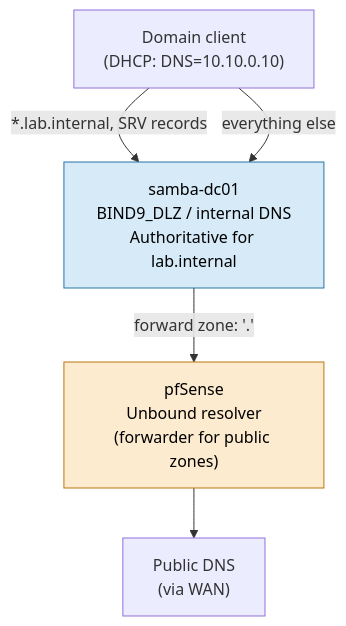
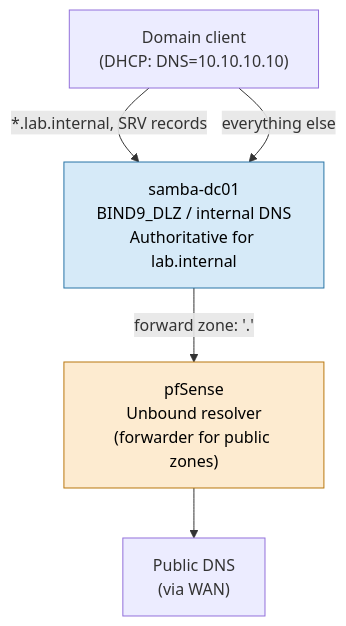
Before and after one commit to LibreOpsLab/lab-small-business: the diagram in diagrams/dns-architecture.md, drawn with Mermaid. The commit also changed other lines of this file and 48 other files, not shown here.

````diff
--- a/diagrams/dns-architecture.md
+++ b/diagrams/dns-architecture.md
@@ -9,17 +9,17 @@
 ```mermaid
 flowchart TB
-    CLIENT["Domain client\n(DHCP: DNS=10.10.0.10)"]
+    CLIENT["Domain client\n(DHCP: DNS=10.10.10.10)"]
     DC["samba-dc01\nBIND9_DLZ / internal DNS\nAuthoritative for lab.internal"]
     PFSENSE["pfSense\nUnbound resolver\n(forwarder for public zones)"]
     PUBLIC["Public DNS\n(via WAN)"]
 
     CLIENT -->|"*.lab.internal, SRV records"| DC
     CLIENT -->|"everything else"| DC
     DC -->|"forward zone: '.' "| PFSENSE
     PFSENSE --> PUBLIC
 
     classDef auth fill:#d6eaf8,stroke:#2874a6,color:#000
     classDef fwd fill:#fdebd0,stroke:#b9770e,color:#000
     class DC auth
     class PFSENSE fwd
 ```
````
